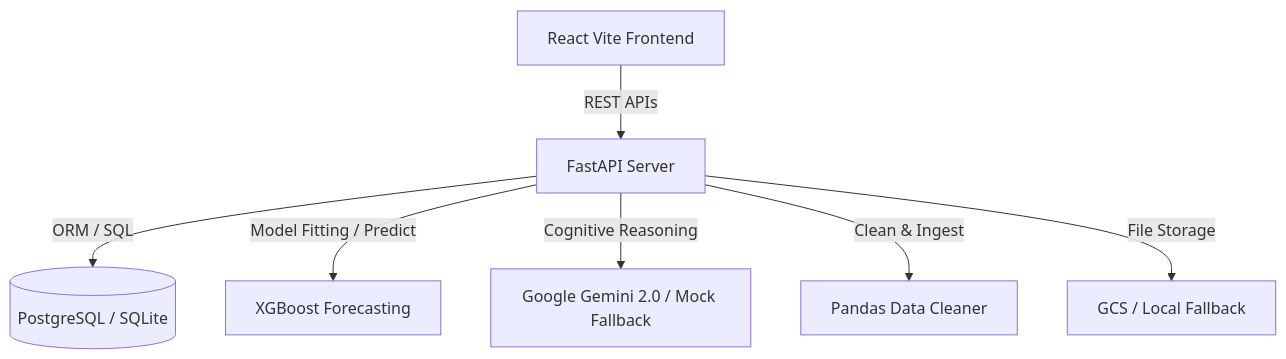
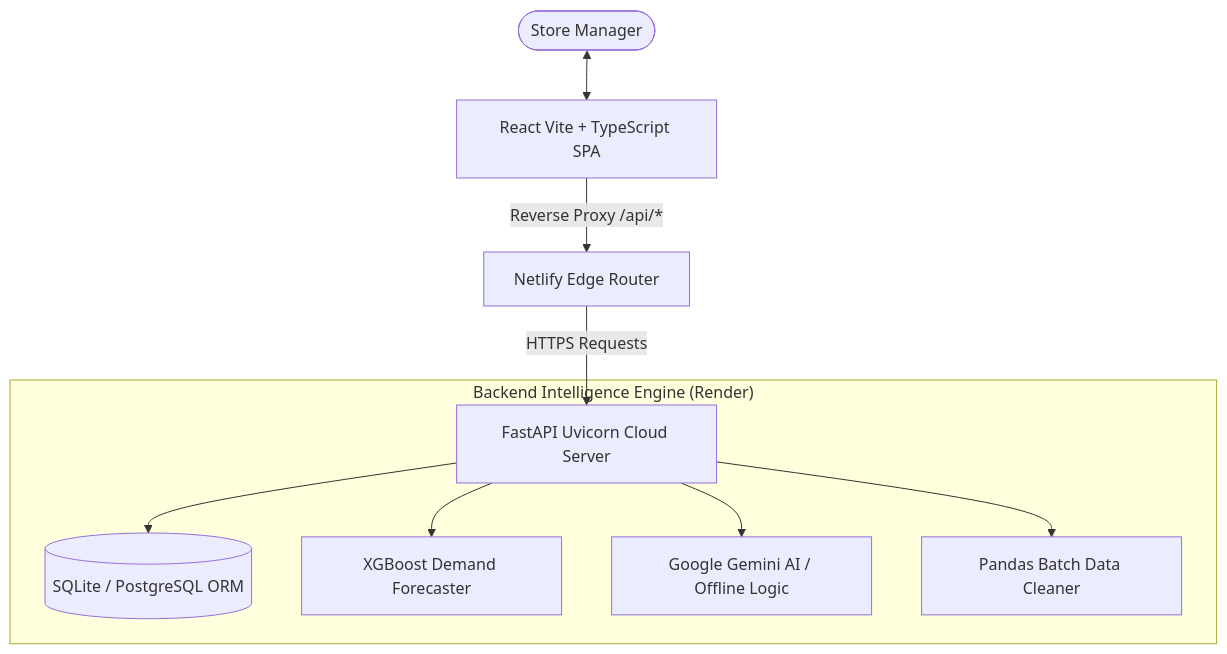
One commit to Nihal0543/Stocksense---AI-Powered-Inventory-Management-system-For-Small-Businesses changed the diagram in README.md. Above: the diagram before and after it, drawn with Mermaid. The commit also changed other lines of this file, not shown here.

````diff
--- a/README.md
+++ b/README.md
@@ -18,9 +56,13 @@
 ```mermaid
 graph TD
-    Client[React Vite Frontend] -->|REST APIs| API[FastAPI Server]
-    API -->|ORM / SQL| DB[(PostgreSQL / SQLite)]
-    API -->|Model Fitting / Predict| ML[XGBoost Forecasting]
-    API -->|Cognitive Reasoning| LLM[Google Gemini 2.0 / Mock Fallback]
-    API -->|Clean & Ingest| Clean[Pandas Data Cleaner]
-    API -->|File Storage| Storage[GCS / Local Fallback]
+    User([Store Manager]) <--> WebApp[React Vite + TypeScript SPA]
+    WebApp -->|Reverse Proxy /api/*| NetlifyProxy[Netlify Edge Router]
+    NetlifyProxy -->|HTTPS Requests| BackendAPI[FastAPI Uvicorn Cloud Server]
+    
+    subgraph "Backend Intelligence Engine (Render)"
+        BackendAPI --> SQLite[(SQLite / PostgreSQL ORM)]
+        BackendAPI --> MLModel[XGBoost Demand Forecaster]
+        BackendAPI --> LLMService[Google Gemini AI / Offline Logic]
+        BackendAPI --> Ingestion[Pandas Batch Data Cleaner]
+    end
 ```
````
